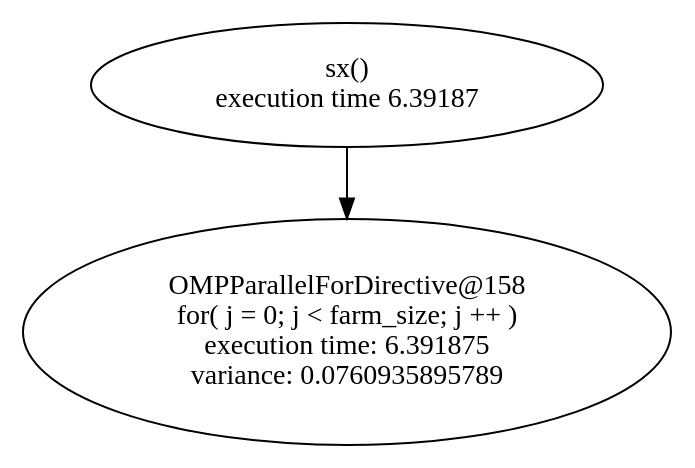
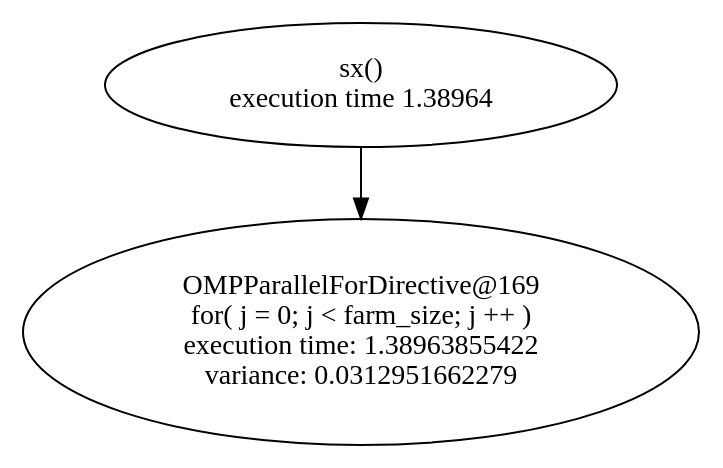
The diagram in graph_sched/graphs/sx_flow.dot (filippobrizzi/soma), drawn with Graphviz before and after one commit. The commit also changed 25 other files, not shown here.

```diff
--- a/graph_sched/graphs/sx_flow.dot
+++ b/graph_sched/graphs/sx_flow.dot
@@ -1,7 +1,7 @@
 digraph G {
 	node [label="\N"];
-	graph [bb="0,0,324,212"];
-	156 [label="sx()\nexecution time 6.39187", root=156, pos="162,181", width="3.5556", height="0.86111"];
-	158 [label="OMPParallelForDirective@158\nfor( j = 0; j < farm_size; j ++ )\nexecution time: 6.391875\nvariance: 0.0760935895789", root=156, pos="162,57", width="4.5", height="1.5694"];
-	156 -> 158 [pos="e,162,113.87 162,149.71 162,141.79 162,132.97 162,124.01"];
+	graph [bb="0,0,338,212"];
+	167 [label="sx()\nexecution time 1.38964", root=167, pos="169,181", width="3.5556", height="0.86111"];
+	169 [label="OMPParallelForDirective@169\nfor( j = 0; j < farm_size; j ++ )\nexecution time: 1.38963855422\nvariance: 0.0312951662279", root=167, pos="169,57", width="4.6944", height="1.5694"];
+	167 -> 169 [pos="e,169,113.87 169,149.71 169,141.79 169,132.97 169,124.01"];
 }
```
